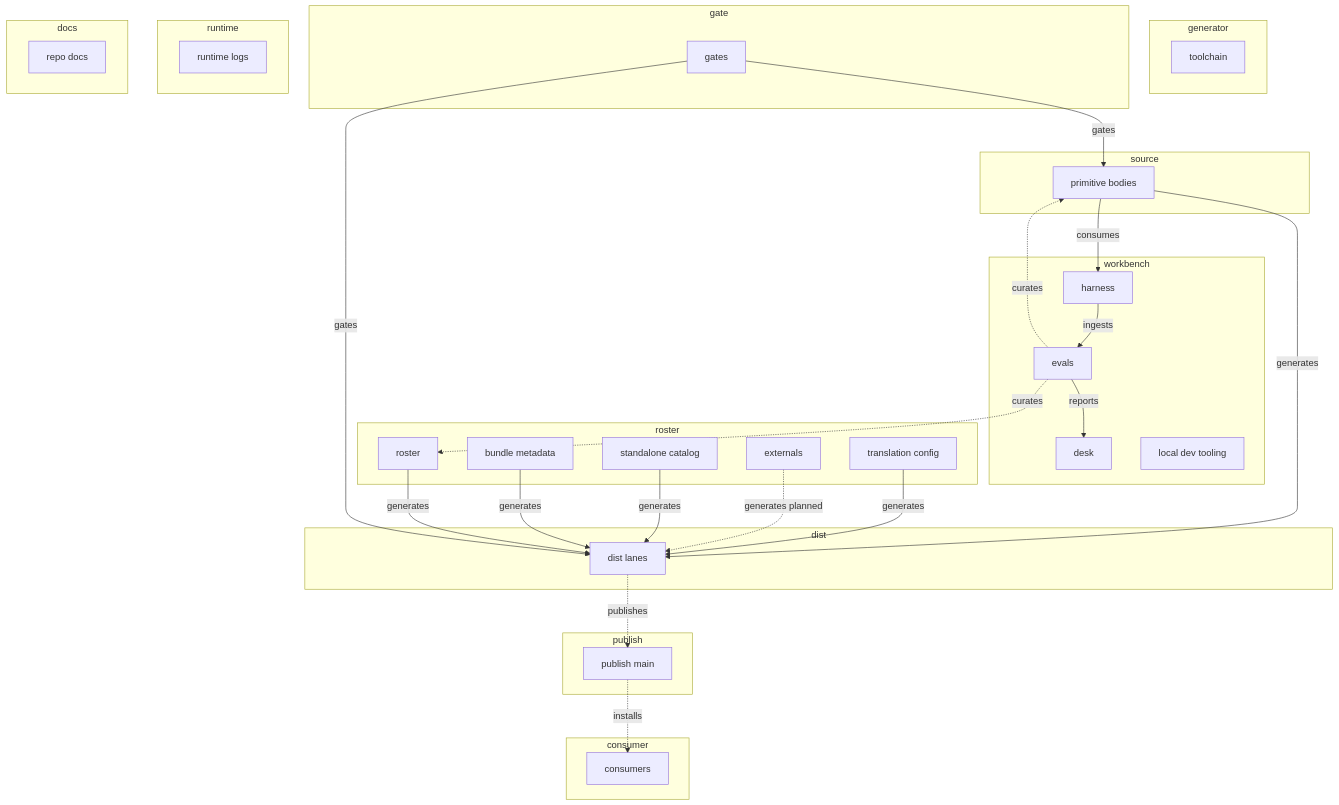
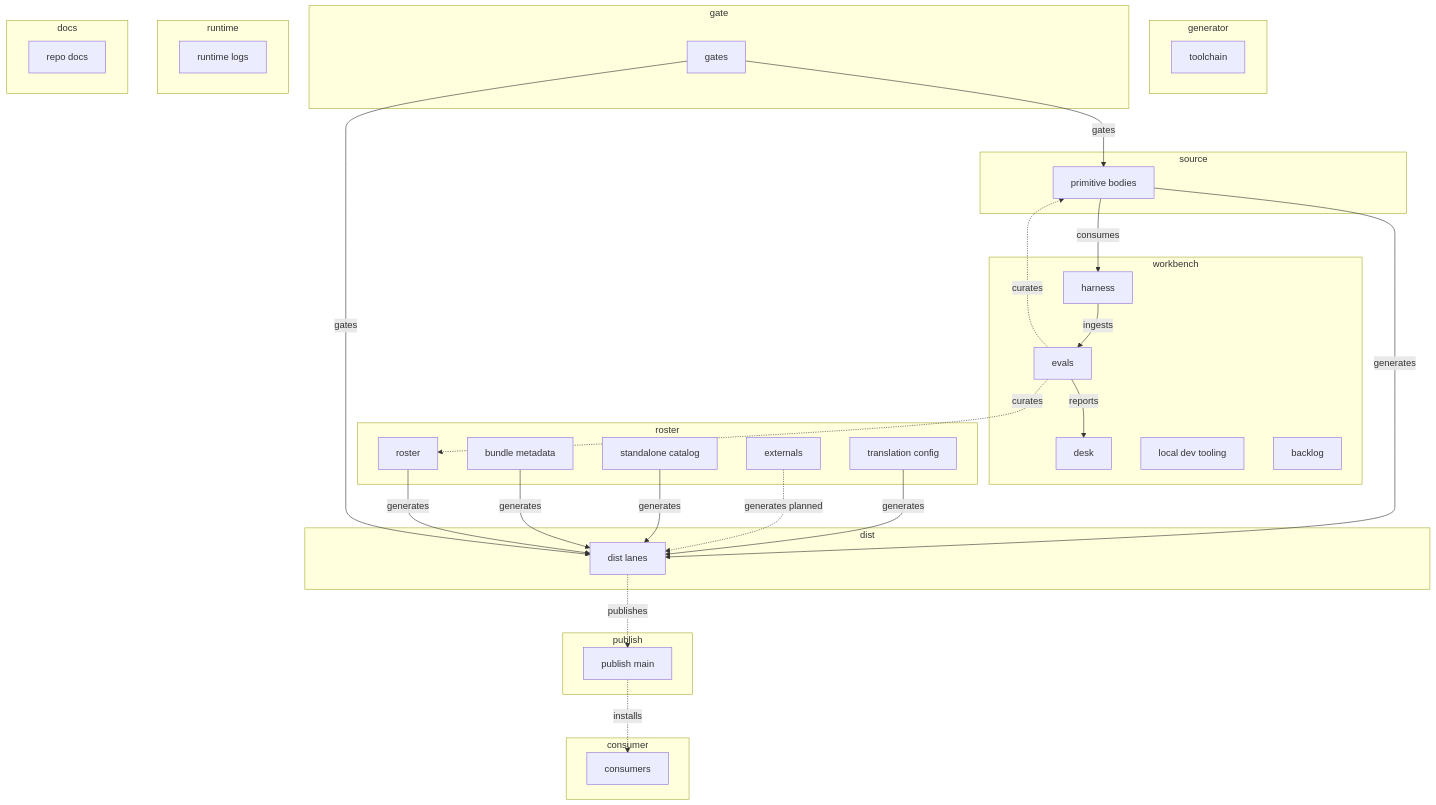
The diagram in docs/FLOW.md (hsb3/dotfiles-agents), drawn with Mermaid before and after one commit. The commit also changed 38 other files, not shown here.

````diff
--- a/docs/FLOW.md
+++ b/docs/FLOW.md
@@ -30,56 +30,57 @@
 ```mermaid
 flowchart TD
   subgraph L_roster[roster]
     N_roster[roster]
     N_bundle_metadata[bundle metadata]
     N_standalone_catalog[standalone catalog]
     N_externals[externals]
     N_translation_config[translation config]
   end
   subgraph L_source[source]
     N_primitive_bodies[primitive bodies]
   end
   subgraph L_generator[generator]
     N_toolchain[toolchain]
   end
   subgraph L_gate[gate]
     N_gates[gates]
   end
   subgraph L_dist[dist]
     N_dist_lanes[dist lanes]
   end
   subgraph L_publish[publish]
     N_publish_main[publish main]
   end
   subgraph L_consumer[consumer]
     N_consumers[consumers]
   end
   subgraph L_workbench[workbench]
     N_desk[desk]
     N_harness[harness]
     N_evals[evals]
     N_local_dev_tooling[local dev tooling]
+    N_backlog[backlog]
   end
   subgraph L_runtime[runtime]
     N_runtime_logs[runtime logs]
   end
   subgraph L_docs[docs]
     N_repo_docs[repo docs]
   end
   N_roster -->|generates| N_dist_lanes
   N_primitive_bodies -->|generates| N_dist_lanes
   N_bundle_metadata -->|generates| N_dist_lanes
   N_standalone_catalog -->|generates| N_dist_lanes
   N_gates -->|gates| N_primitive_bodies
   N_gates -->|gates| N_dist_lanes
   N_primitive_bodies -->|consumes| N_harness
   N_harness -->|ingests| N_evals
   N_evals -->|reports| N_desk
   N_dist_lanes -.->|publishes| N_publish_main
   N_publish_main -.->|installs| N_consumers
   N_evals -.->|curates| N_roster
   N_evals -.->|curates| N_primitive_bodies
   N_externals -.->|generates planned| N_dist_lanes
   N_translation_config -->|generates| N_dist_lanes
   classDef planned stroke-dasharray: 6 4
 ```
````
